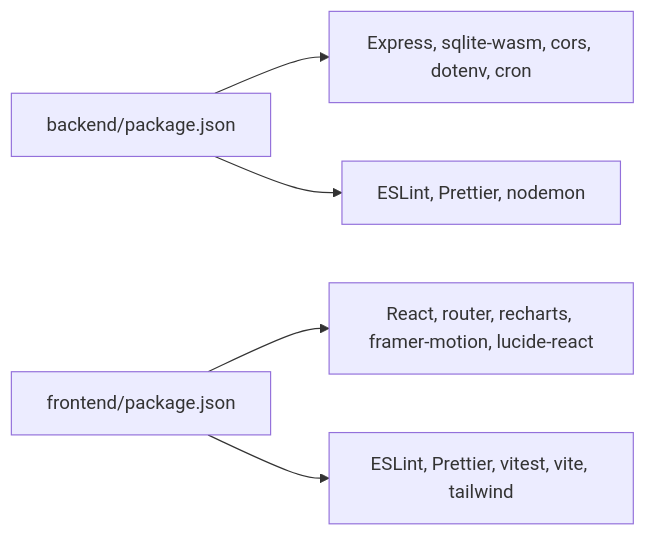
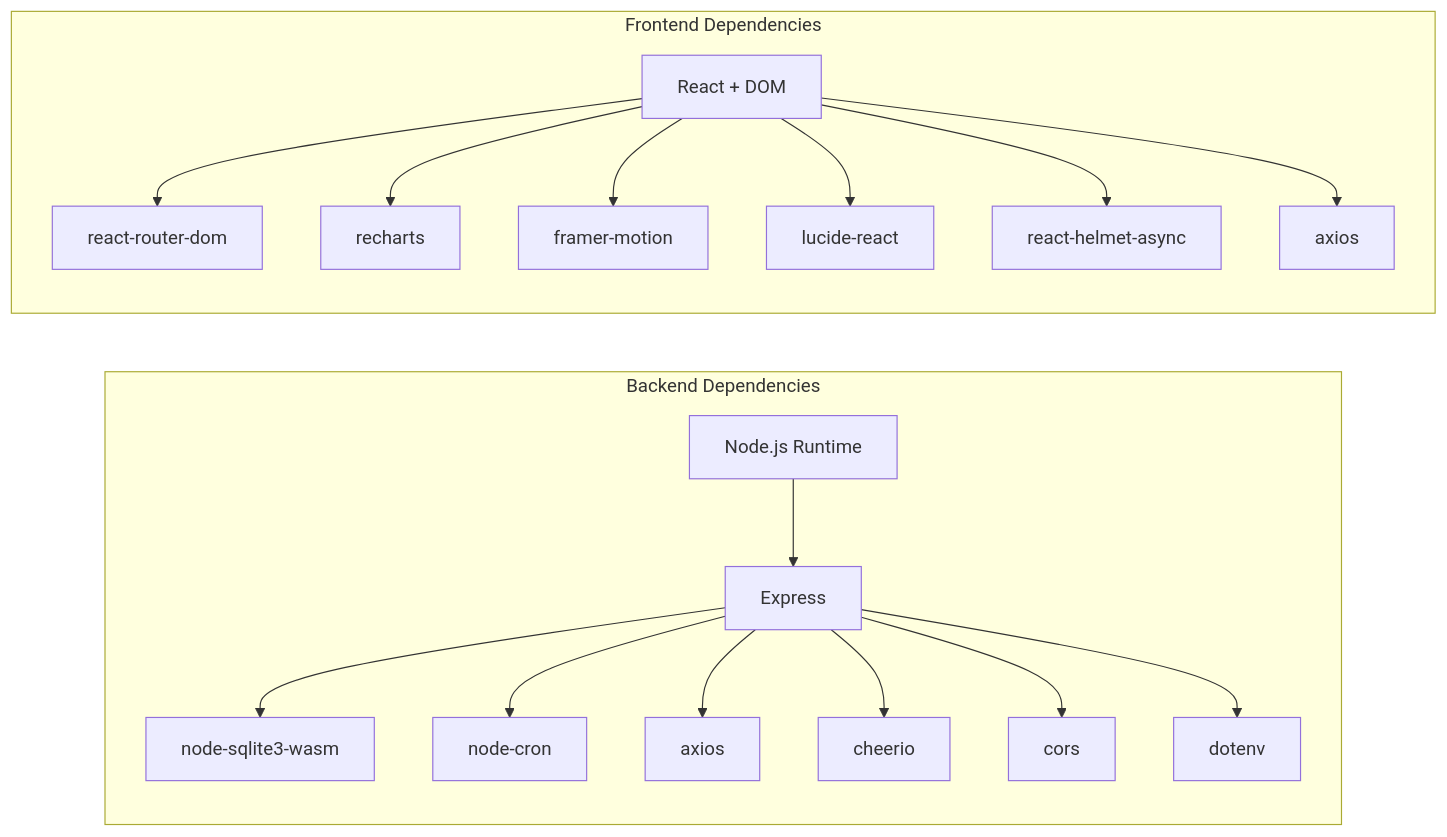
One commit to cheesiong/WC26-qwen changed the sixth of 6 diagrams in .qoder/repowiki/en/content/Development Guidelines.md. Above: the diagram before and after it, drawn with Mermaid. The commit also changed other lines of this file and 181 other files, not shown here.

````diff
--- a/.qoder/repowiki/en/content/Development Guidelines.md
+++ b/.qoder/repowiki/en/content/Development Guidelines.md
@@ -221,7 +248,35 @@
 ```mermaid
 graph LR
-BE_PKG["backend/package.json"] --> BE_DEPS["Express, sqlite-wasm, cors, dotenv, cron"]
-FE_PKG["frontend/package.json"] --> FE_DEPS["React, router, recharts, framer-motion, lucide-react"]
-BE_PKG --> BE_DEV["ESLint, Prettier, nodemon"]
-FE_PKG --> FE_DEV["ESLint, Prettier, vitest, vite, tailwind"]
+subgraph "Backend Dependencies"
+BE_NODE["Node.js Runtime"]
+BE_EXP["Express"]
+BE_SQL["node-sqlite3-wasm"]
+BE_CRON["node-cron"]
+BE_AX["axios"]
+BE_CHEER["cheerio"]
+BE_CORS["cors"]
+BE_DOT["dotenv"]
+end
+subgraph "Frontend Dependencies"
+FE_REACT["React + DOM"]
+FE_ROUTER["react-router-dom"]
+FE_RECHARTS["recharts"]
+FE_MOTION["framer-motion"]
+FE_LUCIDE["lucide-react"]
+FE_HELMET["react-helmet-async"]
+FE_AX["axios"]
+end
+BE_NODE --> BE_EXP
+BE_EXP --> BE_SQL
+BE_EXP --> BE_CRON
+BE_EXP --> BE_AX
+BE_EXP --> BE_CHEER
+BE_EXP --> BE_CORS
+BE_EXP --> BE_DOT
+FE_REACT --> FE_ROUTER
+FE_REACT --> FE_RECHARTS
+FE_REACT --> FE_MOTION
+FE_REACT --> FE_LUCIDE
+FE_REACT --> FE_HELMET
+FE_REACT --> FE_AX
 ```
````
